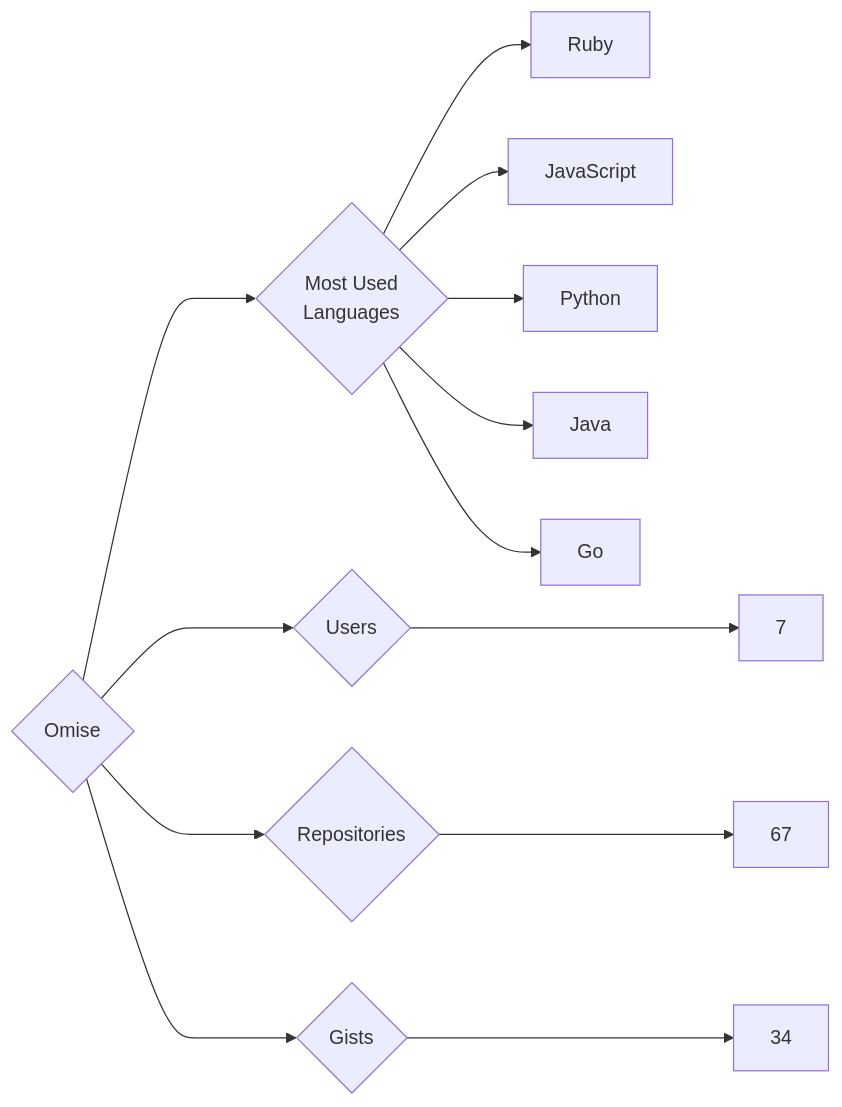
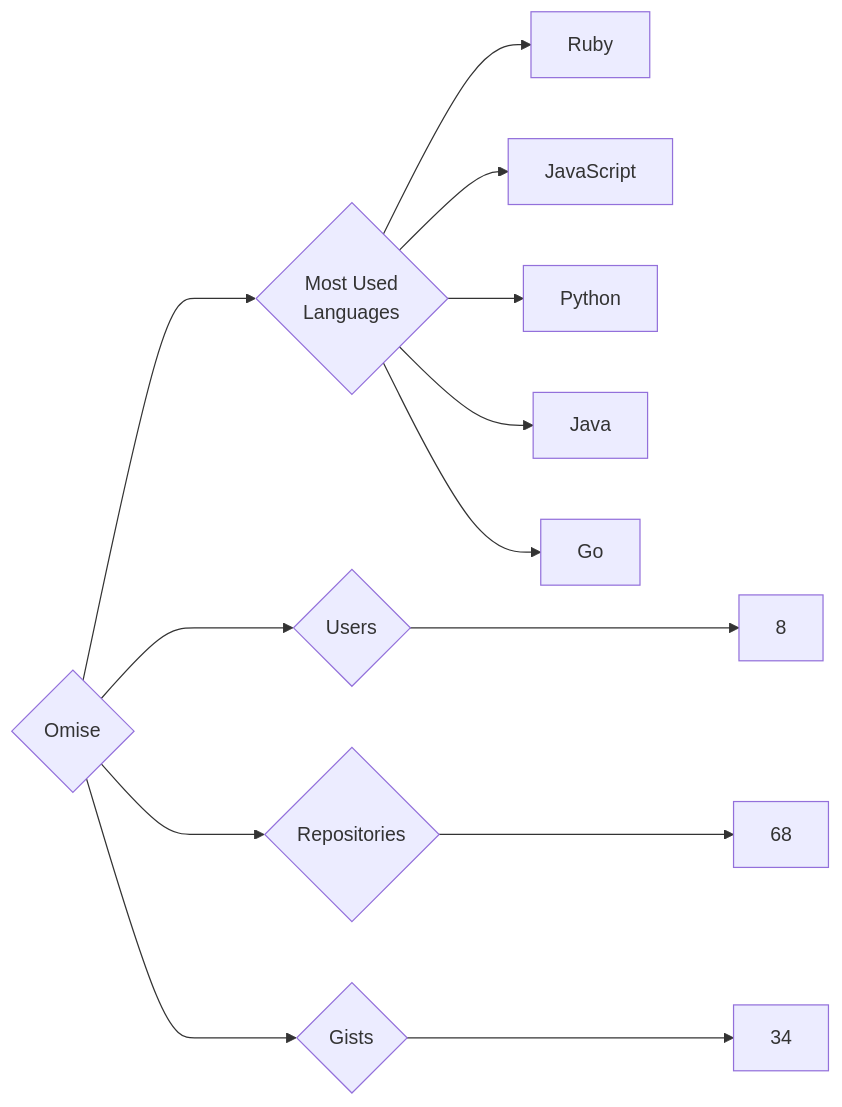
One commit to trickest/insiders changed the diagram in targets/Omise/README.md. Above: the diagram before and after it, drawn with Mermaid. The commit also changed 1248 other files, not shown here.

````diff
--- a/targets/Omise/README.md
+++ b/targets/Omise/README.md
@@ -3,13 +3,13 @@
 ```mermaid
 graph LR
 COMPANY_NAME{Omise}
-COMPANY_NAME ---> U{Users} ---> UN[7]
-COMPANY_NAME ---> R{Repositories} ---> RN[67]
+COMPANY_NAME ---> U{Users} ---> UN[8]
+COMPANY_NAME ---> R{Repositories} ---> RN[68]
 COMPANY_NAME ---> G{Gists} ---> GN[34]
 COMPANY_NAME ---> ML{Most Used<br>Languages}
 ML --> Ruby[Ruby]
 ML --> JavaScript[JavaScript]
 ML --> Python[Python]
 ML --> Java[Java]
 ML --> Go[Go]
 ```
````
